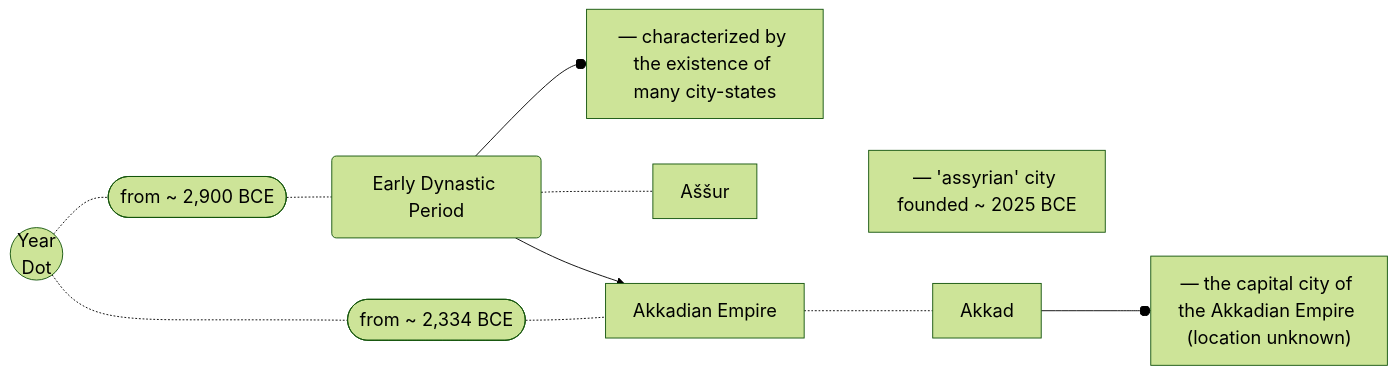
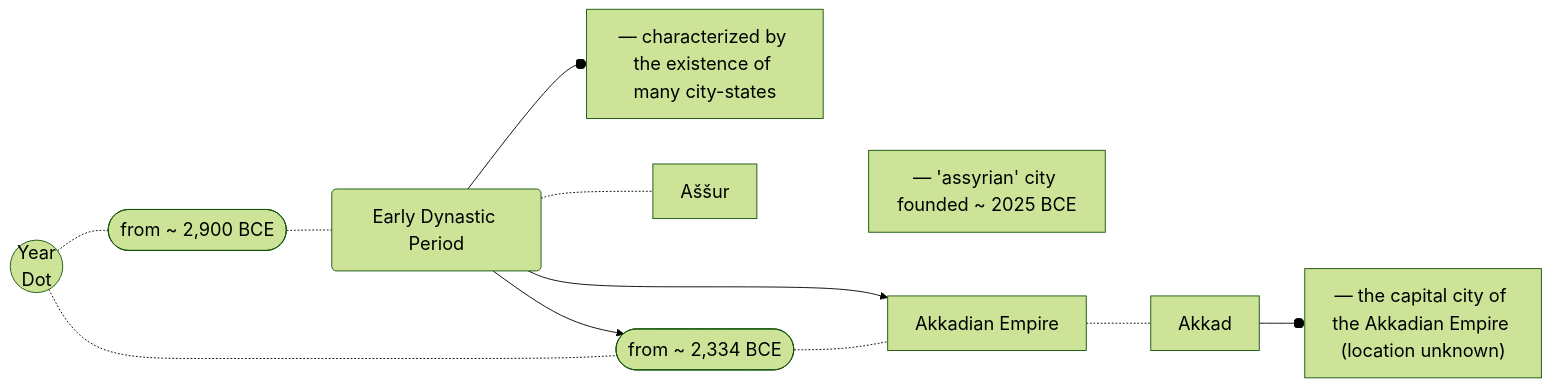
One commit to joe-dorward/samples changed the first of 3 diagrams in buttons_mermaid_v4.md. Above: the diagram before and after it, drawn with Mermaid.

````diff
--- a/buttons_mermaid_v4.md
+++ b/buttons_mermaid_v4.md
@@ -1,46 +1,46 @@
 ```mermaid
 %%{
   init: {
     'theme': 'forest',
     'themeVariables': {
       'fontSize':'15pt'
     }
   }
 }%%
 flowchart LR
 
 %%classDef Node fill:cornsilk, stroke:saddlebrown, color:saddlebrown, line-height:150%, margin:0px, padding:0px;
 classDef Note fill:white, stroke:white, text-align:left, font-size:13pt, width:350px, margin:-5px, padding:150px  ;
 %% ---------- ---------- ---------- ---------- ---------- ---------- ---------- ---------- ---------- ----------
   YEAR_DOT(("Year<br>Dot"))
 
   2900([from ~ 2,900 BCE])
     EARLY_DYNASTIC_PERIOD(Early Dynastic Period)
     click EARLY_DYNASTIC_PERIOD "https://en.wikipedia.org/wiki/Early_Dynastic_Period_(Mesopotamia)" _blank
     EARLY_DYNASTIC_PERIOD_NOTE[#151; characterized by the existence of many city-states]
 
     ASSUR_01[Aššur]
     ASSUR_01_NOTE[#151; 'assyrian' city founded ~ 2025 BCE]
     click ASSUR_01 "https://en.wikipedia.org/wiki/Assur" _blank
 
 
 
 
   2334([from ~ 2,334 BCE])
     AKKADIAN_EMPIRE[Akkadian Empire]
     click AKKADIAN_EMPIRE "https://en.wikipedia.org/wiki/Akkadian_Empire" _blank
 
     AKKAD[Akkad]
     AKKAD_NOTE["#151; the capital city of the Akkadian Empire (location unknown)"]
 
 
   YEAR_DOT-.-2900-.-EARLY_DYNASTIC_PERIOD--oEARLY_DYNASTIC_PERIOD_NOTE
                     EARLY_DYNASTIC_PERIOD-.-ASSUR_01~~~ASSUR_01_NOTE
 
   YEAR_DOT-.-2334-.-AKKADIAN_EMPIRE
                     AKKADIAN_EMPIRE-.-AKKAD--oAKKAD_NOTE
 
 
 EARLY_DYNASTIC_PERIOD-->AKKADIAN_EMPIRE
-
+EARLY_DYNASTIC_PERIOD-->2334
 ```
````
